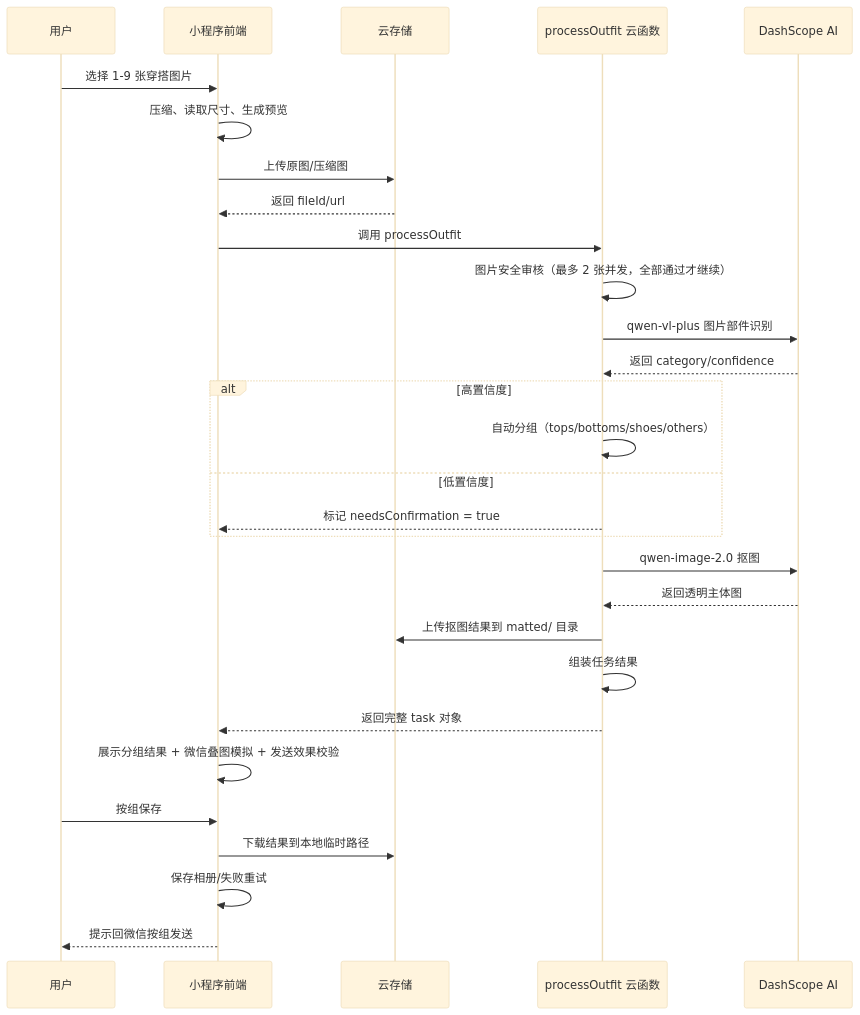
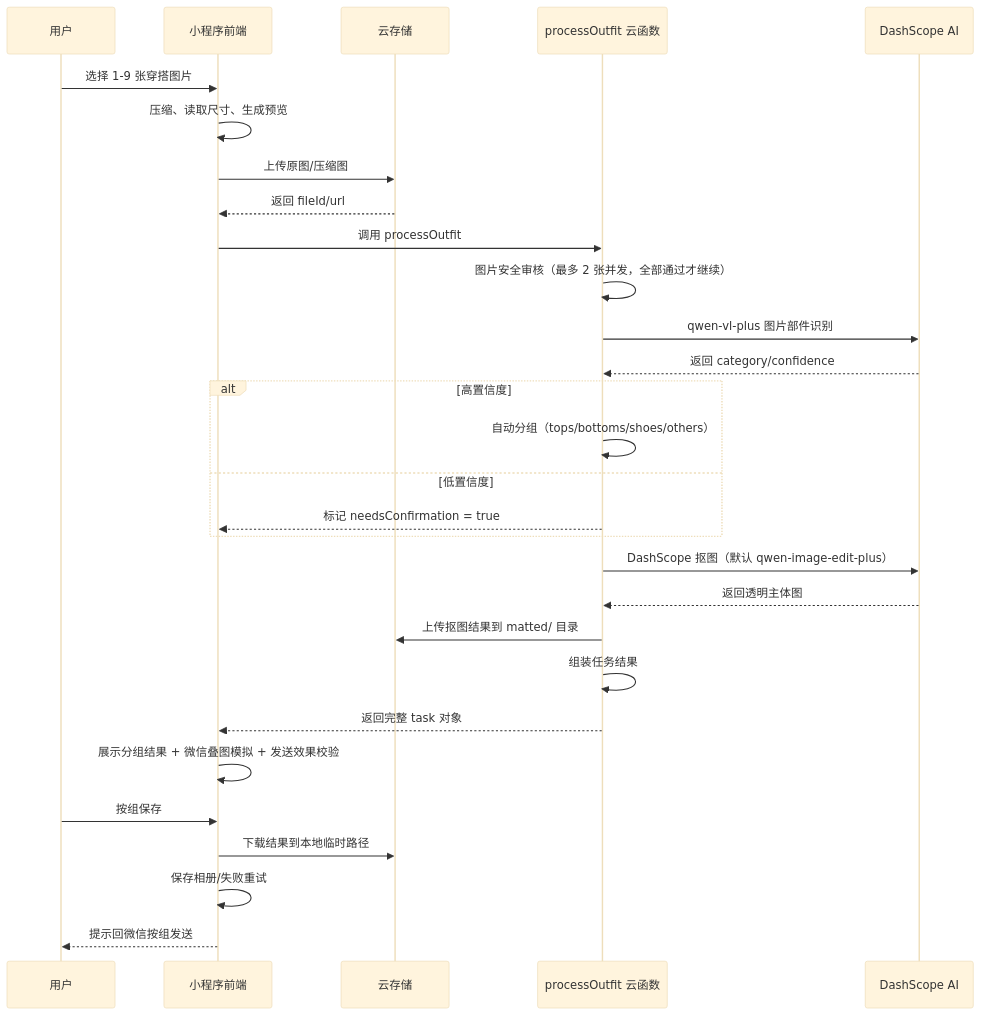
Before and after one commit to Yiyang0659/WePicTool: the second of 3 diagrams in docs/product/TECHNICAL_SPEC.md, drawn with Mermaid (base theme). The commit also changed other lines of this file and 18 other files, not shown here.

````diff
--- a/docs/product/TECHNICAL_SPEC.md
+++ b/docs/product/TECHNICAL_SPEC.md
@@ -341,34 +341,34 @@
 ```mermaid
 sequenceDiagram
     participant U as 用户
     participant FE as 小程序前端
     participant ST as 云存储
     participant CF as processOutfit 云函数
     participant AI as DashScope AI
 
     U->>FE: 选择 1-9 张穿搭图片
     FE->>FE: 压缩、读取尺寸、生成预览
     FE->>ST: 上传原图/压缩图
     ST-->>FE: 返回 fileId/url
     FE->>CF: 调用 processOutfit
     CF->>CF: 图片安全审核（最多 2 张并发，全部通过才继续）
     CF->>AI: qwen-vl-plus 图片部件识别
     AI-->>CF: 返回 category/confidence
 
     alt 高置信度
         CF->>CF: 自动分组（tops/bottoms/shoes/others）
     else 低置信度
         CF-->>FE: 标记 needsConfirmation = true
     end
 
-    CF->>AI: qwen-image-2.0 抠图
+    CF->>AI: DashScope 抠图（默认 qwen-image-edit-plus）
     AI-->>CF: 返回透明主体图
     CF->>ST: 上传抠图结果到 matted/ 目录
     CF->>CF: 组装任务结果
     CF-->>FE: 返回完整 task 对象
     FE->>FE: 展示分组结果 + 微信叠图模拟 + 发送效果校验
     U->>FE: 按组保存
     FE->>ST: 下载结果到本地临时路径
     FE->>FE: 保存相册/失败重试
     FE-->>U: 提示回微信按组发送
 ```
````
